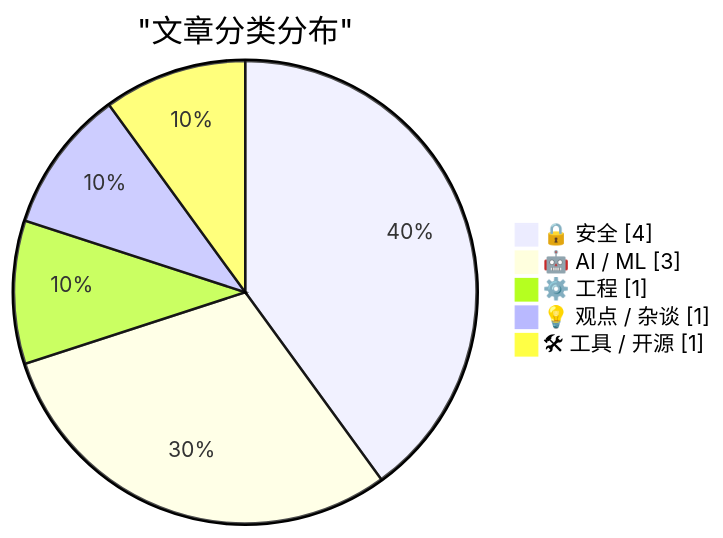
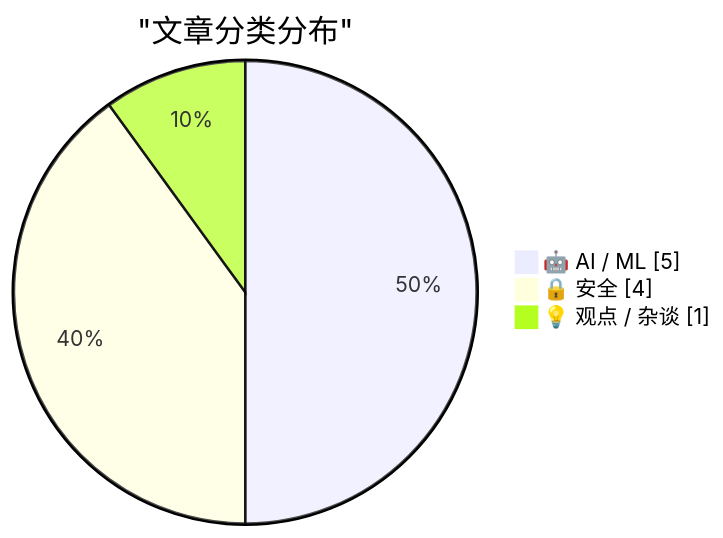
The first of 2 diagrams in content/ai-daily/2026-04-26.md (originem0/SZBlog), drawn with Mermaid before and after one commit. The commit also changed other lines of this file, not shown here.

````diff
--- a/content/ai-daily/2026-04-26.md
+++ b/content/ai-daily/2026-04-26.md
@@ -48,9 +60,7 @@
 ```mermaid
 pie showData
     title "文章分类分布"
+    "🤖 AI / ML" : 5
     "🔒 安全" : 4
-    "🤖 AI / ML" : 3
-    "⚙️ 工程" : 1
     "💡 观点 / 杂谈" : 1
-    "🛠 工具 / 开源" : 1
 ```
````
